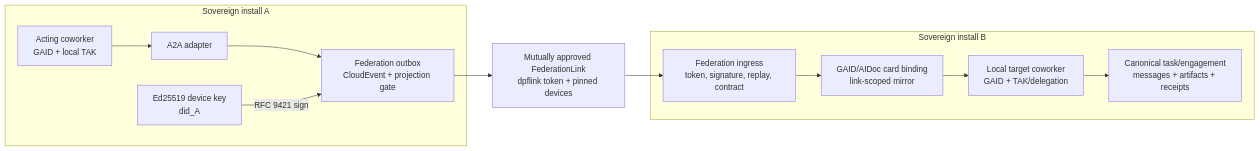
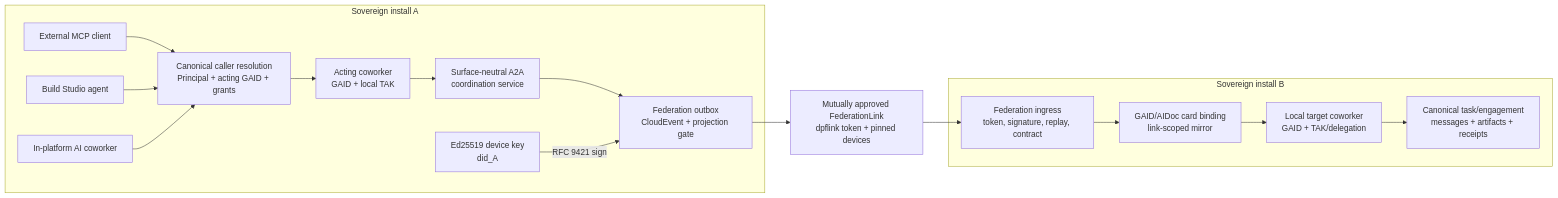
One commit to OpenDigitalProductFactory/opendigitalproductfactory changed the first of 2 diagrams in docs/superpowers/specs/2026-08-08-federated-a2a-gaid-coordination-design.md. Above: the diagram before and after it, drawn with Mermaid. The commit also changed other lines of this file and 1 other file, not shown here.

Commit message:
docs: add A2A execution-surface parity

````diff
--- a/docs/superpowers/specs/2026-08-08-federated-a2a-gaid-coordination-design.md
+++ b/docs/superpowers/specs/2026-08-08-federated-a2a-gaid-coordination-design.md
@@ -315,23 +368,31 @@
 ```mermaid
 flowchart LR
     subgraph A["Sovereign install A"]
+      AM["External MCP client"]
+      AB["Build Studio agent"]
+      AC["In-platform AI coworker"]
+      AR["Canonical caller resolution\nPrincipal + acting GAID + grants"]
       AA["Acting coworker\nGAID + local TAK"]
-      AO["A2A adapter"]
+      AO["Surface-neutral A2A\ncoordination service"]
       AF["Federation outbox\nCloudEvent + projection gate"]
       AK["Ed25519 device key\ndid_A"]
+      AM --> AR
+      AB --> AR
+      AC --> AR
+      AR --> AA
       AA --> AO --> AF
       AK -->|"RFC 9421 sign"| AF
     end
 
     FL["Mutually approved FederationLink\ndpflink token + pinned devices"]
 
     subgraph B["Sovereign install B"]
       BI["Federation ingress\ntoken, signature, replay, contract"]
       BR["GAID/AIDoc card binding\nlink-scoped mirror"]
       BT["Local target coworker\nGAID + TAK/delegation"]
       BS["Canonical task/engagement\nmessages + artifacts + receipts"]
       BI --> BR --> BT --> BS
     end
 
     AF --> FL --> BI
 ```
````
